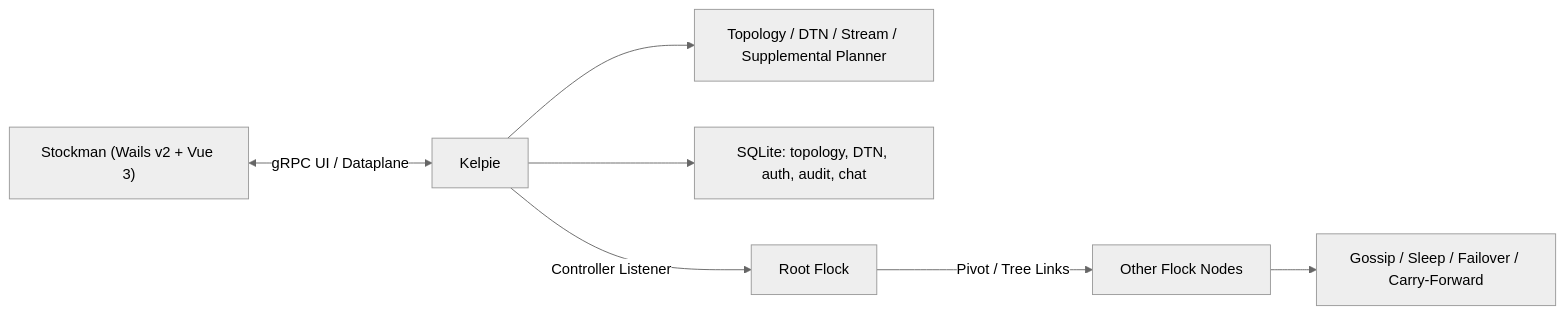
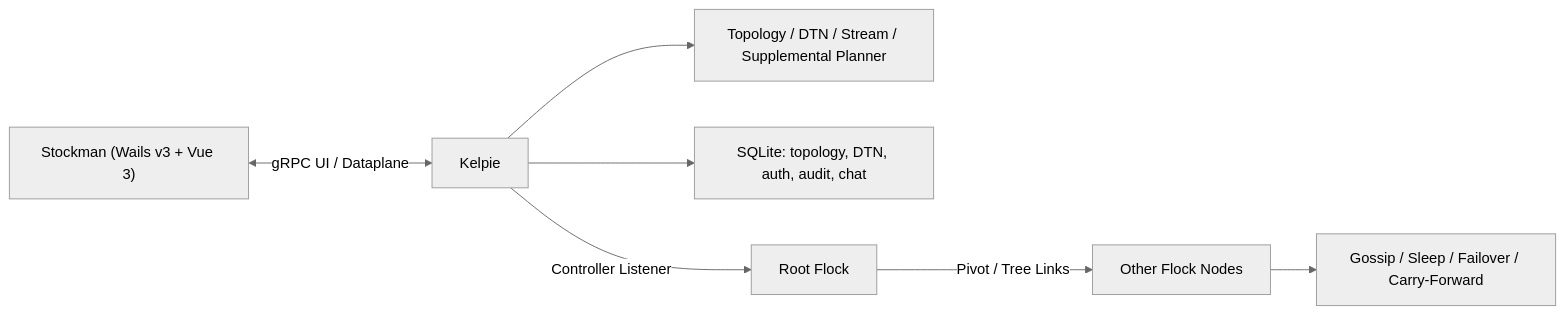
The diagram in docs/architecture.md (PurpleNewNew/Shepherd), drawn with Mermaid (neutral theme) before and after one commit. The commit also changed other lines of this file and 32 other files, not shown here.

Commit message:
[功能] 迁移 Stockman 至 Wails v3 多窗口

````diff
--- a/docs/architecture.md
+++ b/docs/architecture.md
@@ -51,9 +51,9 @@
 ```mermaid
 flowchart LR
-    UI["Stockman (Wails v2 + Vue 3)"] <-->|"gRPC UI / Dataplane"| K["Kelpie"]
+    UI["Stockman (Wails v3 + Vue 3)"] <-->|"gRPC UI / Dataplane"| K["Kelpie"]
     K --> CORE["Topology / DTN / Stream / Supplemental Planner"]
     K --> DB["SQLite: topology, DTN, auth, audit, chat"]
     K -->|"Controller Listener"| ROOT["Root Flock"]
     ROOT -->|"Pivot / Tree Links"| NODES["Other Flock Nodes"]
     NODES --> AGENT["Gossip / Sleep / Failover / Carry-Forward"]
 ```
````
